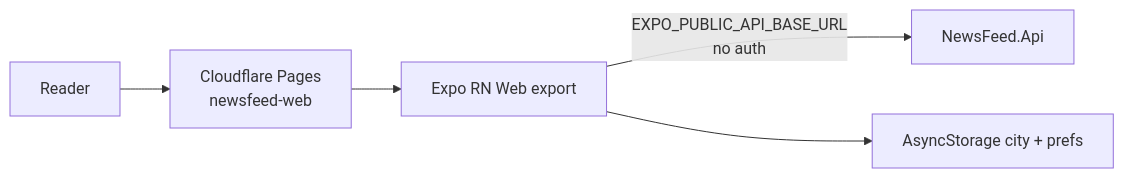
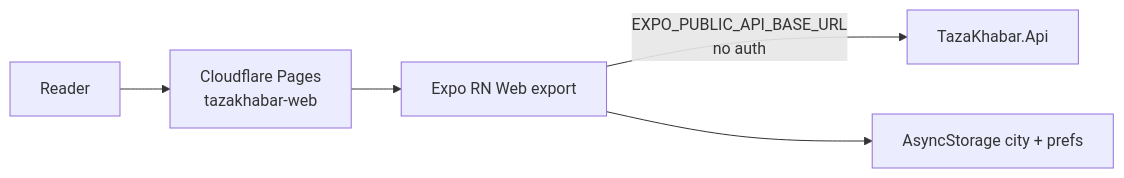
The first of 2 diagrams in docs/architecture/06-reader-app.md (sshivanshg/TAZAkhabar), drawn with Mermaid before and after one commit. The commit also changed other lines of this file and 108 other files, not shown here.

Commit message:
Rename project and configuration from NewsFeed to TazaKhabar

````diff
--- a/docs/architecture/06-reader-app.md
+++ b/docs/architecture/06-reader-app.md
@@ -21,7 +21,7 @@
 ```mermaid
 flowchart LR
-  User[Reader] --> Pages[Cloudflare Pages<br/>newsfeed-web]
+  User[Reader] --> Pages[Cloudflare Pages<br/>tazakhabar-web]
   Pages --> Expo[Expo RN Web export]
-  Expo -->|EXPO_PUBLIC_API_BASE_URL<br/>no auth| API[NewsFeed.Api]
+  Expo -->|EXPO_PUBLIC_API_BASE_URL<br/>no auth| API[TazaKhabar.Api]
   Expo --> Storage[AsyncStorage city + prefs]
 ```
````
